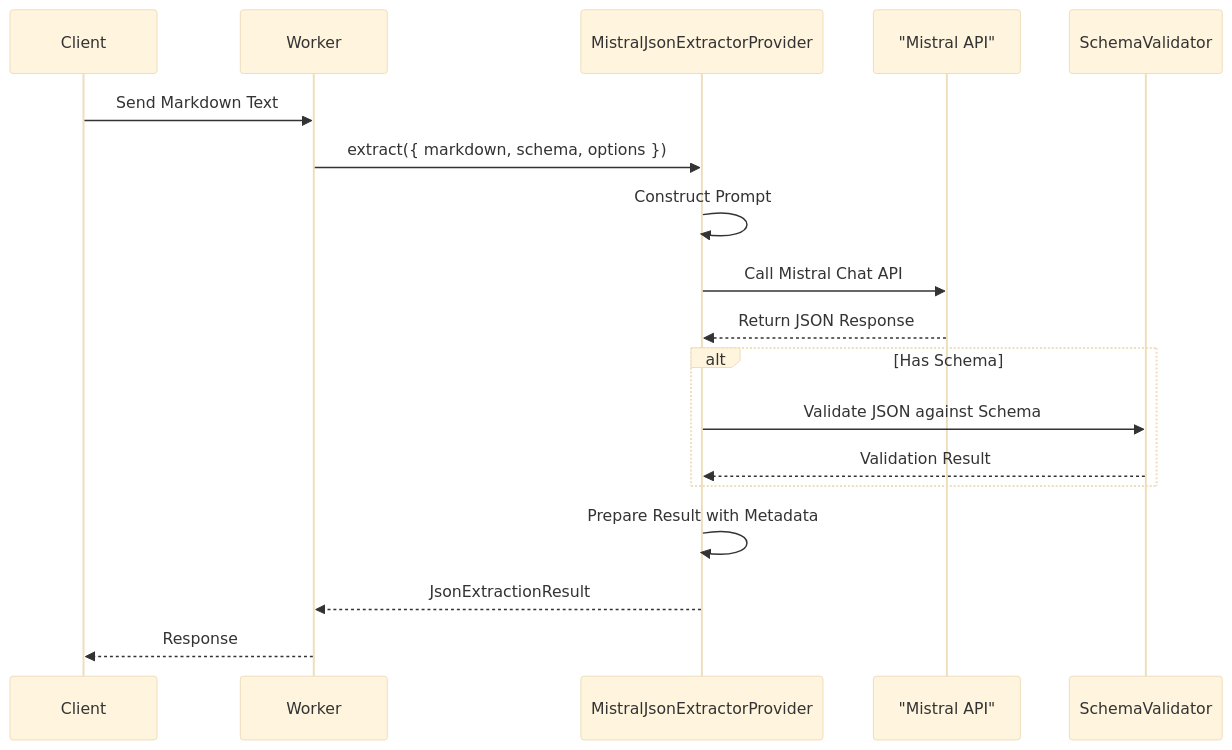
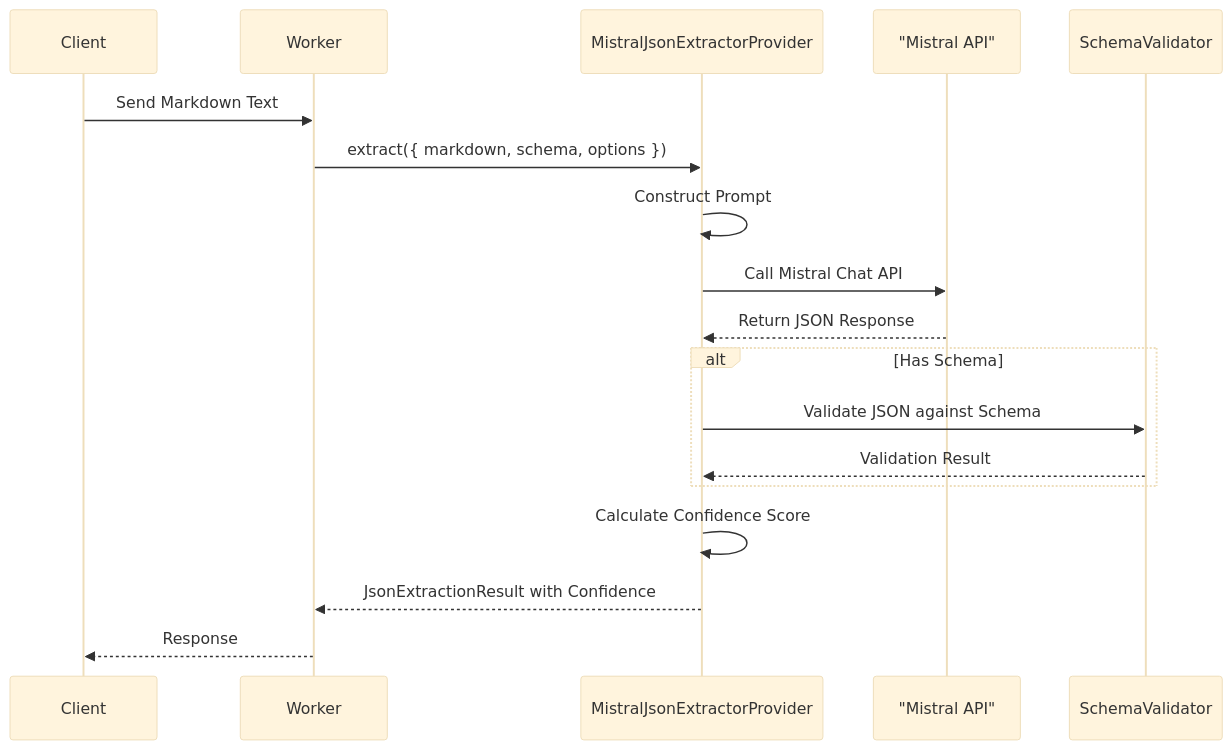
The second of 2 diagrams in docs/json-extraction.md (o2alexanderfedin/OCRChecksServer-demo), drawn with Mermaid (base theme) before and after one commit. The commit also changed other lines of this file, not shown here.

Commit message:
refactor: move confidence directly into JsonExtractionResult and make it required

````diff
--- a/docs/json-extraction.md
+++ b/docs/json-extraction.md
@@ -258,23 +268,23 @@
 ```mermaid
 sequenceDiagram
     participant Client
     participant Worker
     participant MistralJsonExtractorProvider
     participant MistralAPI as "Mistral API"
     participant SchemaValidator
 
     Client->>Worker: Send Markdown Text
     Worker->>MistralJsonExtractorProvider: extract({ markdown, schema, options })
     MistralJsonExtractorProvider->>MistralJsonExtractorProvider: Construct Prompt
     MistralJsonExtractorProvider->>MistralAPI: Call Mistral Chat API
     MistralAPI-->>MistralJsonExtractorProvider: Return JSON Response
     
     alt Has Schema
         MistralJsonExtractorProvider->>SchemaValidator: Validate JSON against Schema
         SchemaValidator-->>MistralJsonExtractorProvider: Validation Result
     end
     
-    MistralJsonExtractorProvider->>MistralJsonExtractorProvider: Prepare Result with Metadata
-    MistralJsonExtractorProvider-->>Worker: JsonExtractionResult
+    MistralJsonExtractorProvider->>MistralJsonExtractorProvider: Calculate Confidence Score
+    MistralJsonExtractorProvider-->>Worker: JsonExtractionResult with Confidence
     Worker-->>Client: Response
 ```
````
